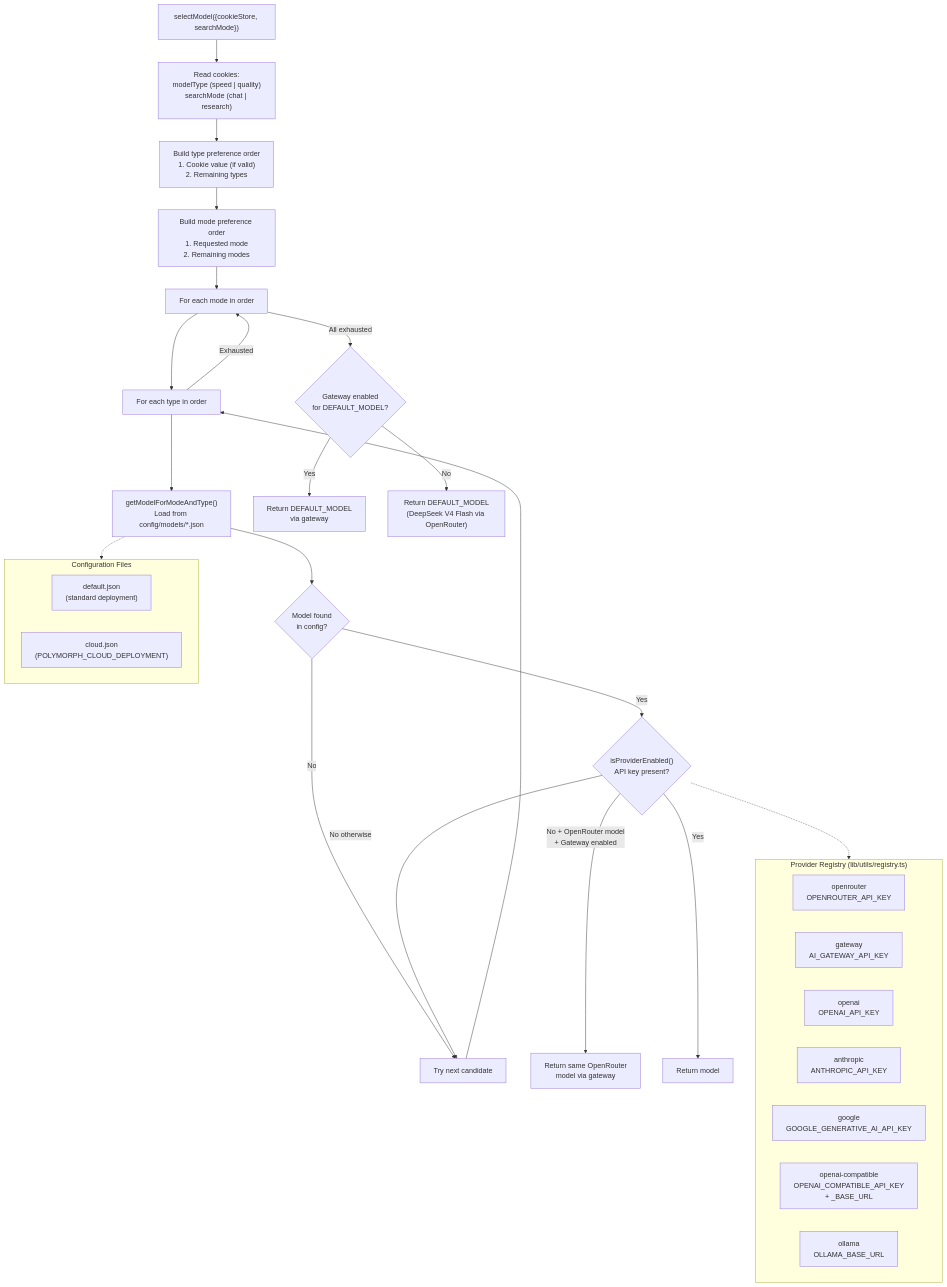
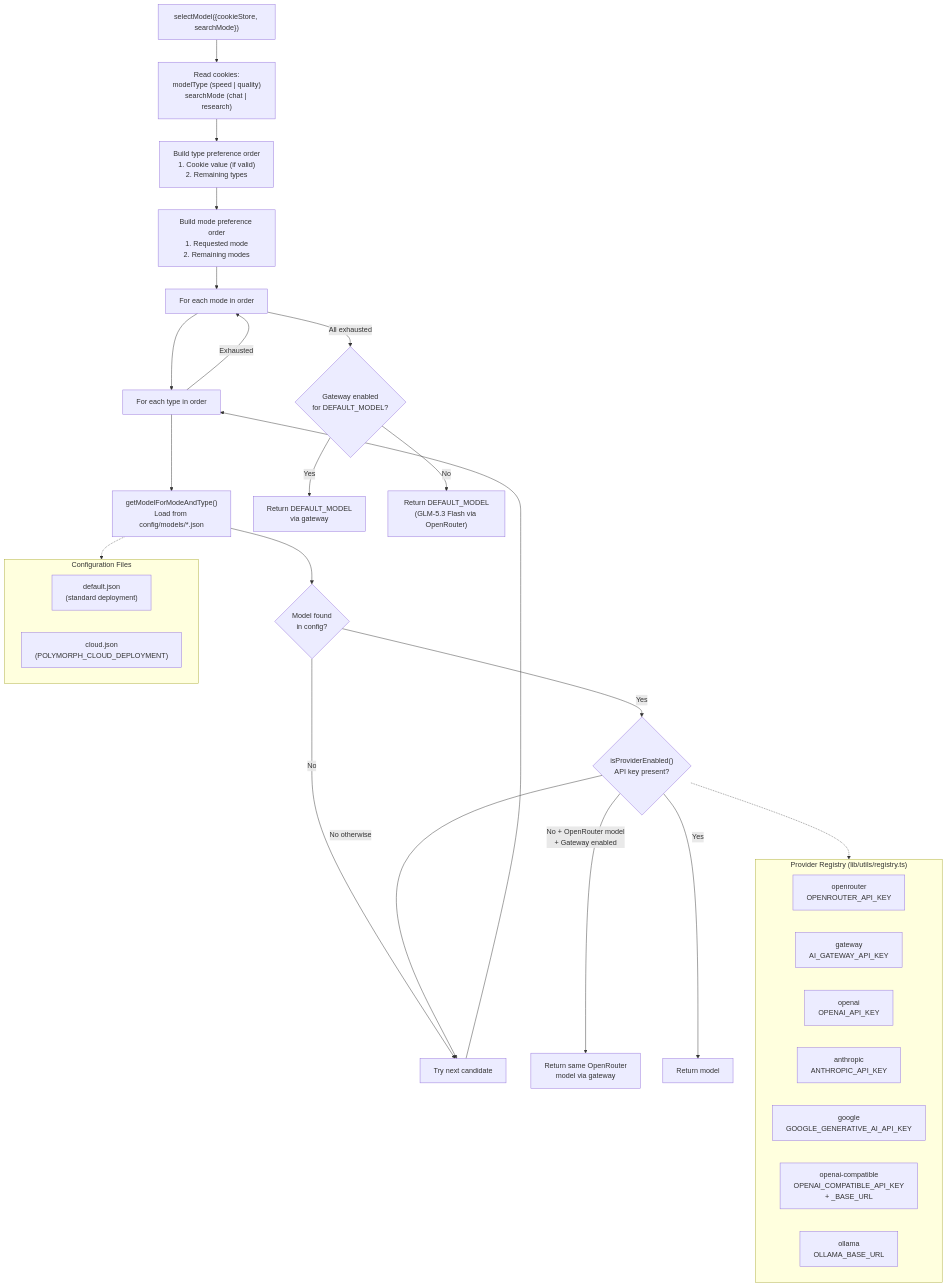
Before and after one commit to NickB03/polymorph: the first of 2 diagrams in docs/architecture/OVERVIEW-MODELS-STATE.md, drawn with Mermaid. The commit also changed other lines of this file and 27 other files, not shown here.

First line of the commit message:
feat(models): refresh default models to GLM-5.3-Flash / GLM-5.3 (#269)

````diff
--- a/docs/architecture/OVERVIEW-MODELS-STATE.md
+++ b/docs/architecture/OVERVIEW-MODELS-STATE.md
@@ -12,51 +12,51 @@
 ```mermaid
 flowchart TD
     Start["selectModel({cookieStore, searchMode})"]
     ReadCookies["Read cookies:<br/>modelType (speed | quality)<br/>searchMode (chat | research)"]
     BuildTypeOrder["Build type preference order<br/>1. Cookie value (if valid)<br/>2. Remaining types"]
     BuildModeOrder["Build mode preference order<br/>1. Requested mode<br/>2. Remaining modes"]
 
     LoopModes["For each mode in order"]
     LoopTypes["For each type in order"]
     LoadConfig["getModelForModeAndType()<br/>Load from config/models/*.json"]
     ConfigFound{"Model found<br/>in config?"}
     ProviderEnabled{"isProviderEnabled()<br/>API key present?"}
     ReturnModel["Return model"]
     GatewayFallback["Return same OpenRouter<br/>model via gateway"]
     NextCandidate["Try next candidate"]
     DefaultGatewayCheck{"Gateway enabled<br/>for DEFAULT_MODEL?"}
     DefaultGateway["Return DEFAULT_MODEL<br/>via gateway"]
-    DefaultModel["Return DEFAULT_MODEL<br/>(DeepSeek V4 Flash via OpenRouter)"]
+    DefaultModel["Return DEFAULT_MODEL<br/>(GLM-5.3 Flash via OpenRouter)"]
 
     subgraph ConfigFiles["Configuration Files"]
         DefaultJSON["default.json<br/>(standard deployment)"]
         CloudJSON["cloud.json<br/>(POLYMORPH_CLOUD_DEPLOYMENT)"]
     end
 
     subgraph Providers["Provider Registry (lib/utils/registry.ts)"]
         OpenRouter["openrouter<br/>OPENROUTER_API_KEY"]
         Gateway["gateway<br/>AI_GATEWAY_API_KEY"]
         OpenAI["openai<br/>OPENAI_API_KEY"]
         Anthropic["anthropic<br/>ANTHROPIC_API_KEY"]
         Google["google<br/>GOOGLE_GENERATIVE_AI_API_KEY"]
         OpenAICompat["openai-compatible<br/>OPENAI_COMPATIBLE_API_KEY<br/>+ _BASE_URL"]
         Ollama["ollama<br/>OLLAMA_BASE_URL"]
     end
 
     Start --> ReadCookies --> BuildTypeOrder --> BuildModeOrder
     BuildModeOrder --> LoopModes --> LoopTypes
     LoopTypes --> LoadConfig --> ConfigFound
     ConfigFound -->|No| NextCandidate
     ConfigFound -->|Yes| ProviderEnabled
     ProviderEnabled -->|"No + OpenRouter model<br/>+ Gateway enabled"| GatewayFallback
     ProviderEnabled -->|No otherwise| NextCandidate
     ProviderEnabled -->|Yes| ReturnModel
     NextCandidate --> LoopTypes
     LoopTypes -->|"Exhausted"| LoopModes
     LoopModes -->|"All exhausted"| DefaultGatewayCheck
     DefaultGatewayCheck -->|Yes| DefaultGateway
     DefaultGatewayCheck -->|No| DefaultModel
 
     LoadConfig -.-> ConfigFiles
     ProviderEnabled -.-> Providers
 ```
````
